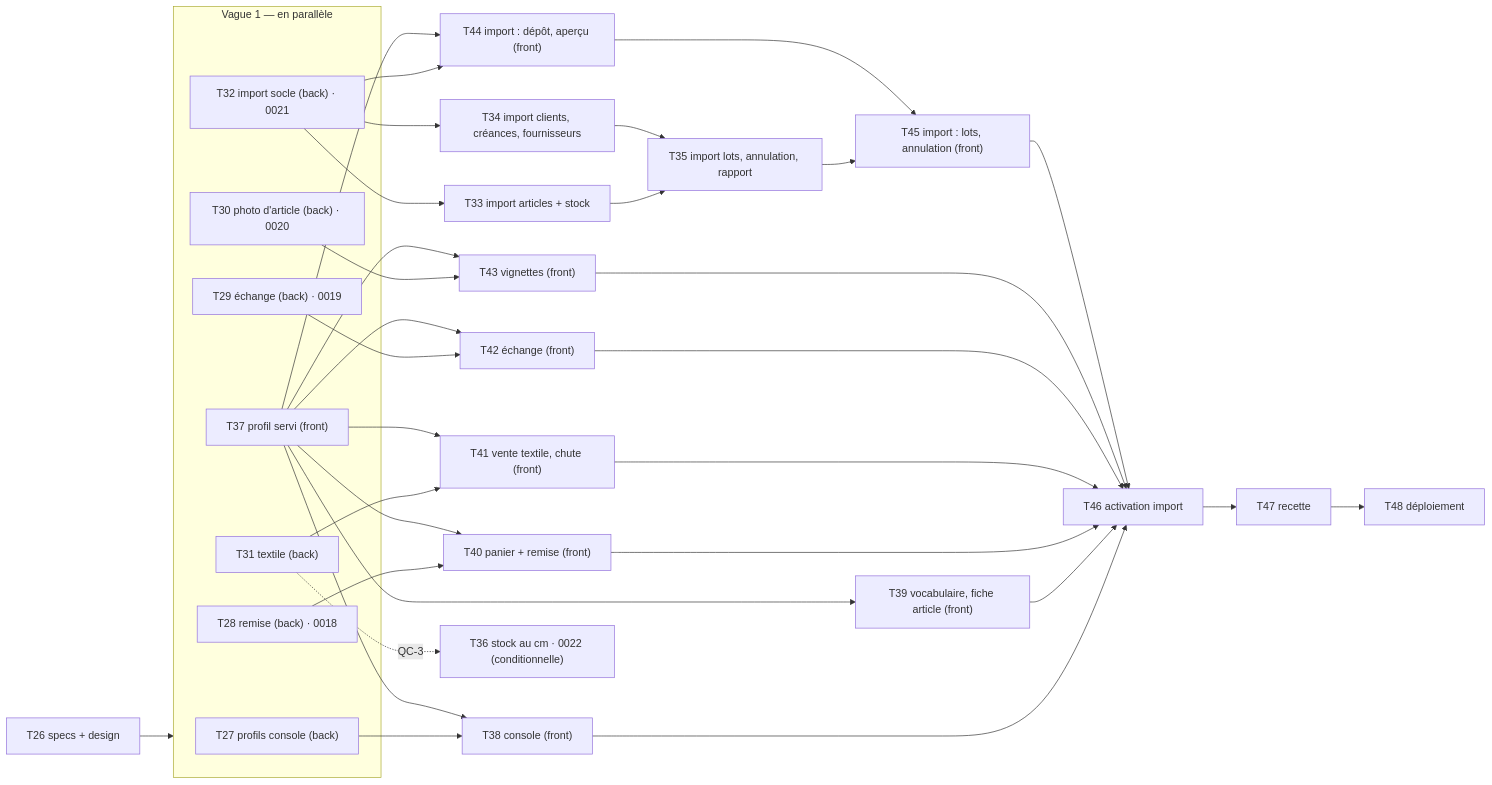
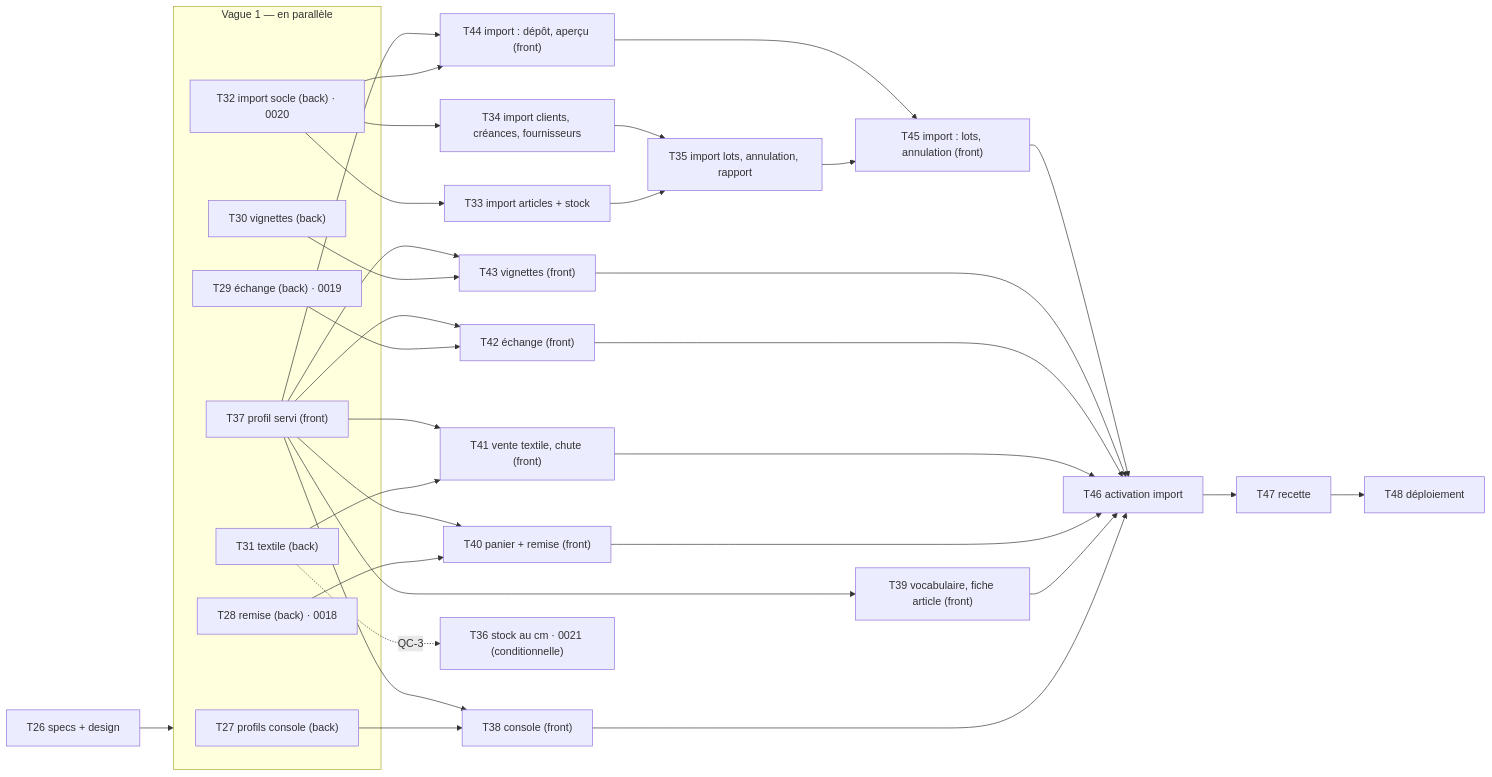
Before and after one commit to diddifreecmr-droid/gestion-de-boutique: the diagram in docs/plan-lot3.md, drawn with Mermaid. The commit also changed other lines of this file and 1 other file, not shown here.

First line of the commit message:
docs(plan-lot3): plan de recette du Lot 3 ; migrations renumérotées (photo d'article déjà stockée)

````diff
--- a/docs/plan-lot3.md
+++ b/docs/plan-lot3.md
@@ -38,26 +38,26 @@
 ```mermaid
 flowchart LR
     T26["T26 specs + design"] --> V1
     subgraph V1["Vague 1 — en parallèle"]
         T27["T27 profils console (back)"]
         T28["T28 remise (back) · 0018"]
         T29["T29 échange (back) · 0019"]
-        T30["T30 photo d'article (back) · 0020"]
+        T30["T30 vignettes (back)"]
         T31["T31 textile (back)"]
-        T32["T32 import socle (back) · 0021"]
+        T32["T32 import socle (back) · 0020"]
         T37["T37 profil servi (front)"]
     end
     T32 --> T33["T33 import articles + stock"] & T34["T34 import clients, créances, fournisseurs"]
     T33 & T34 --> T35["T35 import lots, annulation, rapport"]
     T27 & T37 --> T38["T38 console (front)"]
     T37 --> T39["T39 vocabulaire, fiche article (front)"]
     T28 & T37 --> T40["T40 panier + remise (front)"]
     T31 & T37 --> T41["T41 vente textile, chute (front)"]
     T29 & T37 --> T42["T42 échange (front)"]
     T30 & T37 --> T43["T43 vignettes (front)"]
     T32 & T37 --> T44["T44 import : dépôt, aperçu (front)"]
     T35 & T44 --> T45["T45 import : lots, annulation (front)"]
-    T31 -.QC-3.-> T36["T36 stock au cm · 0022 (conditionnelle)"]
+    T31 -.QC-3.-> T36["T36 stock au cm · 0021 (conditionnelle)"]
     T38 & T39 & T40 & T41 & T42 & T43 & T45 --> T46["T46 activation import"]
     T46 --> T47["T47 recette"] --> T48["T48 déploiement"]
 ```
````
